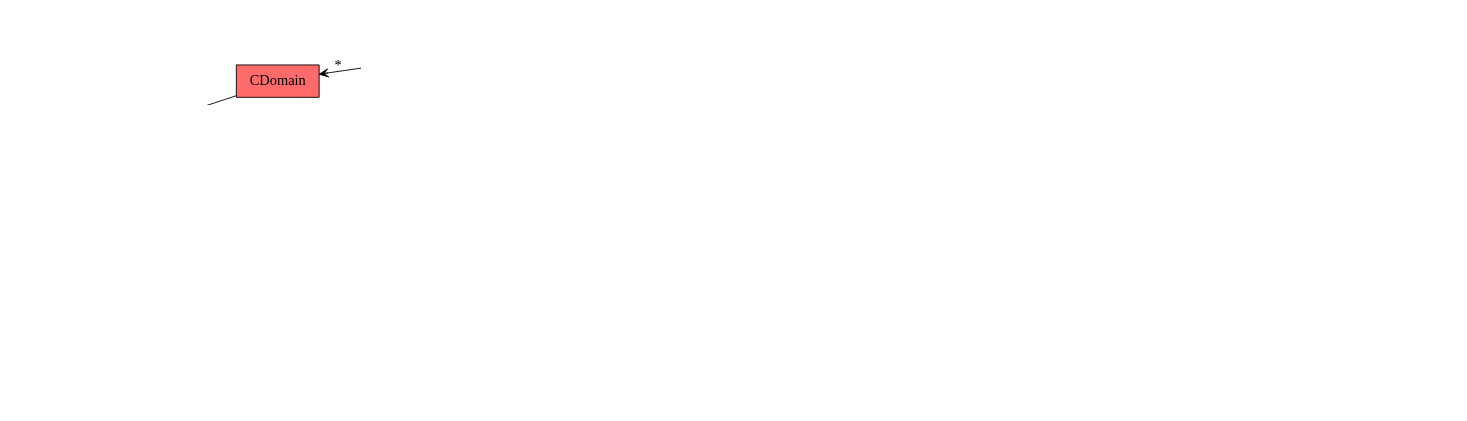
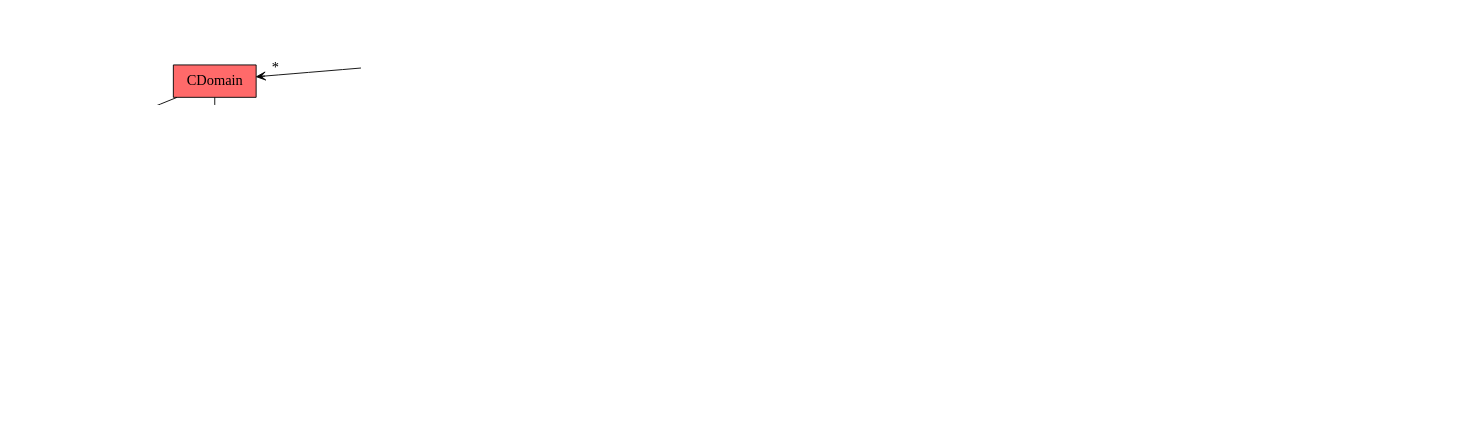
One commit to louisepb/TexGen changed the diagram in Docs/texgenimp.dot. Above: the diagram before and after it, drawn with Graphviz. The commit also changed 3 other files, not shown here.

Commit message:
Updated documentation for CDomainPrism and DecoupledLToL

```diff
--- a/Docs/texgenimp.dot
+++ b/Docs/texgenimp.dot
@@ -1,116 +1,122 @@
 digraph G
 {
 	size = "7.5, 10"
 	ratio = "compress"
 	ranksep = "0.4";
 	graph [ dpi = 300 ];
 	
 	// Inherited
 	edge [arrowtail=empty, arrowhead=none, fontsize="16"];
 	node [shape="box", fontsize="16"]
 
 	CDomain->CDomainPlanes;
+	CDomain->CDomainPrism;
 
 	CTextile->CTextileWeave;
 	CTextile->CTextile3DWeave;
 	CTextile->CTextileLayered;
 	CTextileWeave->CTextileWeave2D;
 	CTextileWeave->CTextileWeave3D;
 	CTextileWeave2D->CShearedTextileWeave2D;
 	CTextile3DWeave->CTextileOrthogonal;
 	CTextile3DWeave->CTextileAngleInterlock;
 	CTextile3DWeave->CTextileOffsetAngleInterlock;
 	CTextile3DWeave->CTextileLayerToLayer;
+	CTextileLayerToLayer->CTextileDecoupledLToL
 
 	CYarnSection->CYarnSectionConstant;
 	CYarnSection->CYarnSectionInterp;
 	CYarnSectionInterp->CYarnSectionInterpNode;
 	CYarnSectionInterp->CYarnSectionInterpPosition;
 
 	CInterpolation->CInterpolationBezier;
 	CInterpolation->CInterpolationCubic;
 
 	CLogger->CLoggerScreen;
 	CLogger->CLoggerGUI;
 
 	CSection->CSectionBezier;
 	CSection->CSectionEllipse;
 	CSection->CSectionHybrid;
 	CSection->CSectionLenticular;
 	CSection->CSectionPolygon;
 	CSection->CSectionPowerEllipse;
+	CSection->CSectionRectangle;
 
 	CNode->CSlaveNode;
 
 	// Contained
 	edge [arrowtail=diamond, arrowhead=open];
 
 	CDomainPlanes->PLANE  [headlabel="    *"];
 	
 	CTexGen -> CLogger;
 	CTexGen -> CTextile [headlabel="    *"];
 	CTexGen -> CDomain [headlabel="    *"];
 	CTextile -> CYarn [headlabel="    *"];
 	CYarn -> CYarnSection;
 	CYarn -> CNode [headlabel="    *", label="MasterNodes"];
 	CYarn -> CSlaveNode [headlabel="    *", label="SlaveNodes"];
 	CYarn -> CInterpolation;
 	CYarnSectionInterp -> CSection [headlabel="    *"];
 	CYarnSectionConstant -> CSection;
 //	CYarnSection -> CSection [headlabel="    *"];
 	
 	// Dependency
 	edge [arrowtail=open, arrowhead=none, style="dashed", constraint=true];
 	CNode->CInterpolation;
 	CInterpolation->CSlaveNode;
 	CYarnSection->CSlaveNode;
 	
 	// Structs
 	PLANE [style=dashed]
 
 
 	// Class colors
 	CTexGen [style=filled, fillcolor="palegreen"]
 
 	CTextile [style=filled, fillcolor="peachpuff"]
 	CTextileWeave [style=filled, fillcolor="peachpuff"]
 	CTextileWeave2D [style=filled, fillcolor="peachpuff"]
 	CTextileWeave3D [style=filled, fillcolor="peachpuff"]
 	CShearedTextileWeave2D [style=filled, fillcolor="peachpuff"]
 	CTextile3DWeave [style=filled, fillcolor="peachpuff"]
 	CTextileOrthogonal [style=filled, fillcolor="peachpuff"]
 	CTextileAngleInterlock [style=filled, fillcolor="peachpuff"]
 	CTextileOffsetAngleInterlock [style=filled, fillcolor="peachpuff"]
 	CTextileLayerToLayer [style=filled, fillcolor="peachpuff"]
 	CTextileLayered [style=filled, fillcolor="peachpuff"]
+	CTextileDecoupledLToL [style=filled, fillcolor="peachpuff"]
 	
 	CYarnSection [style=filled, fillcolor="lightblue"]
 	CYarnSectionConstant [style=filled, fillcolor="lightblue"]
 	CYarnSectionInterp [style=filled, fillcolor="lightblue"]
 	CYarnSectionInterpNode [style=filled, fillcolor="lightblue"]
 	CYarnSectionInterpPosition [style=filled, fillcolor="lightblue"]
 
 	CInterpolation [style=filled, fillcolor="plum"]
 	CInterpolationBezier [style=filled, fillcolor="plum"]
 	CInterpolationCubic [style=filled, fillcolor="plum"]
 
 	CSection [style=filled, fillcolor="khaki"]
 	CSectionBezier [style=filled, fillcolor="khaki"]
 	CSectionEllipse [style=filled, fillcolor="khaki"]
 	CSectionHybrid [style=filled, fillcolor="khaki"]
 	CSectionLenticular [style=filled, fillcolor="khaki"]
 	CSectionPolygon [style=filled, fillcolor="khaki"]
 	CSectionPowerEllipse [style=filled, fillcolor="khaki"]
+	CSectionRectangle [style=filled, fillcolor="khaki"]
 
 	CYarn [style=filled, fillcolor="mediumpurple1"]
 
 	CNode [style=filled, fillcolor="mediumaquamarine"]
 	CSlaveNode [style=filled, fillcolor="mediumaquamarine"]
 
 	CDomain [style=filled, fillcolor="indianred1"]
 	CDomainPlanes [style=filled, fillcolor="indianred1"]
+	CDomainPrism [style=filled, fillcolor="indianred1"]
 
 	CLogger [style=filled, fillcolor="ivory"]
 	CLoggerScreen [style=filled, fillcolor="ivory"]
 	CLoggerGUI [style=filled, fillcolor="ivory"]
 }
```
